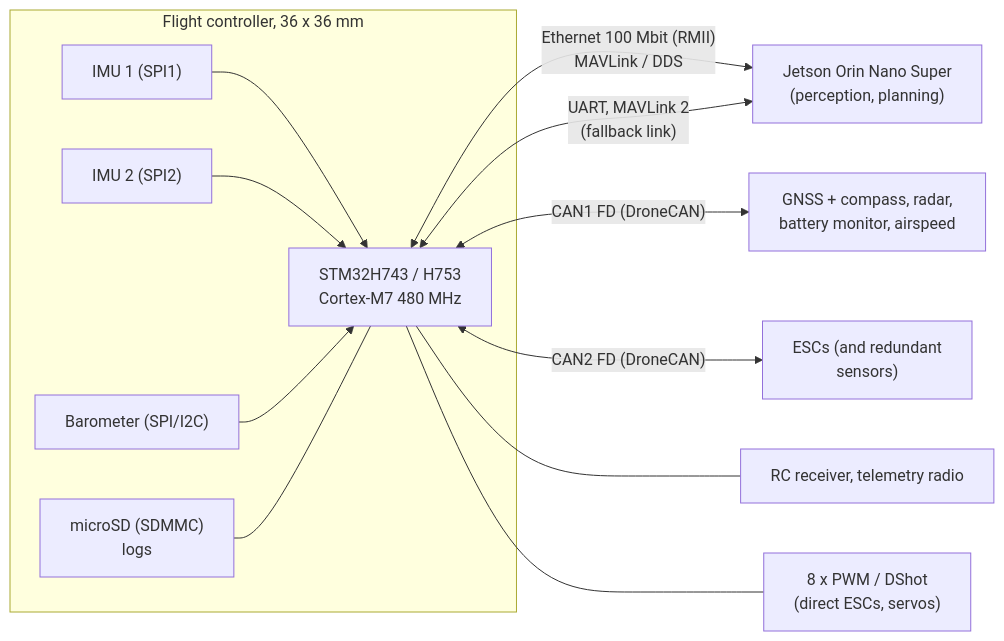
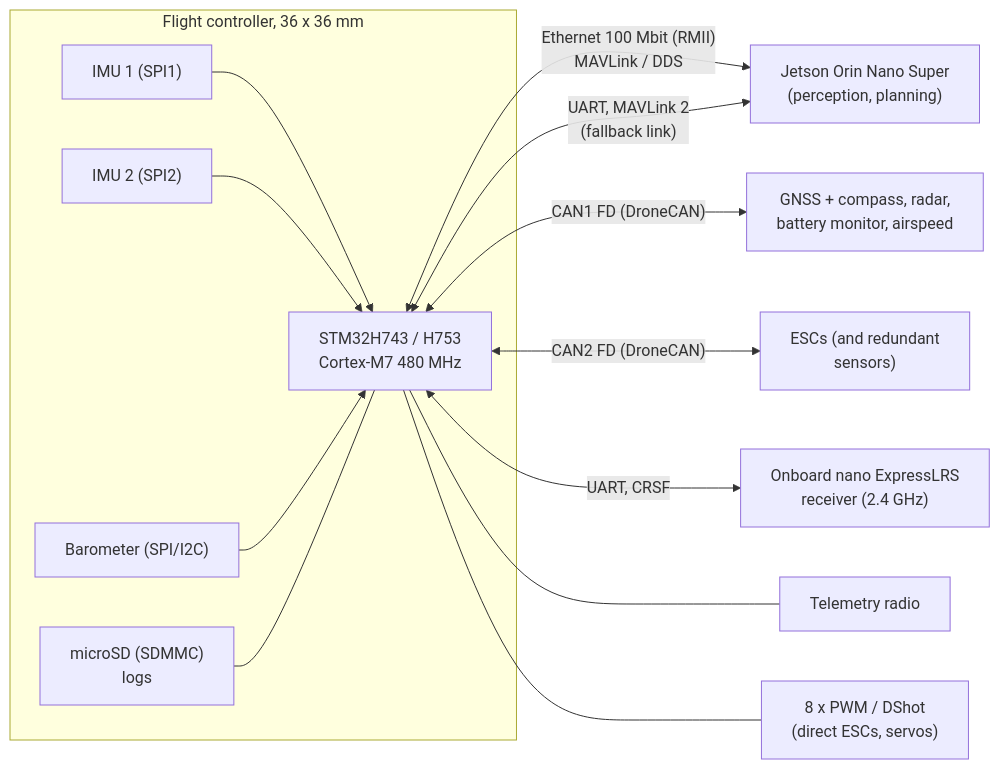
The diagram in docs/architecture.md (aerki-space/AI-Flight-Controller), drawn with Mermaid before and after one commit. The commit also changed other lines of this file and 3 other files, not shown here.

Commit message:
Add onboard nano ExpressLRS receiver and custom SoC roadmap note

````diff
--- a/docs/architecture.md
+++ b/docs/architecture.md
@@ -5,16 +5,17 @@
 ```mermaid
 flowchart LR
   subgraph FC["Flight controller, 36 x 36 mm"]
     MCU["STM32H743 / H753<br/>Cortex-M7 480 MHz"]
     IMU1["IMU 1 (SPI1)"] --> MCU
     IMU2["IMU 2 (SPI2)"] --> MCU
     BARO["Barometer (SPI/I2C)"] --> MCU
     SD["microSD (SDMMC)<br/>logs"] --- MCU
   end
   MCU <-->|"Ethernet 100 Mbit (RMII)<br/>MAVLink / DDS"| JET["Jetson Orin Nano Super<br/>(perception, planning)"]
   MCU <-->|"UART, MAVLink 2<br/>(fallback link)"| JET
   MCU <-->|"CAN1 FD (DroneCAN)"| BUS1["GNSS + compass, radar,<br/>battery monitor, airspeed"]
   MCU <-->|"CAN2 FD (DroneCAN)"| BUS2["ESCs (and redundant<br/>sensors)"]
-  MCU --- RC["RC receiver, telemetry radio"]
+  MCU <-->|"UART, CRSF"| ELRS["Onboard nano ExpressLRS<br/>receiver (2.4 GHz)"]
+  MCU --- TLM["Telemetry radio"]
   MCU --- PWM["8 x PWM / DShot<br/>(direct ESCs, servos)"]
 ```
````
